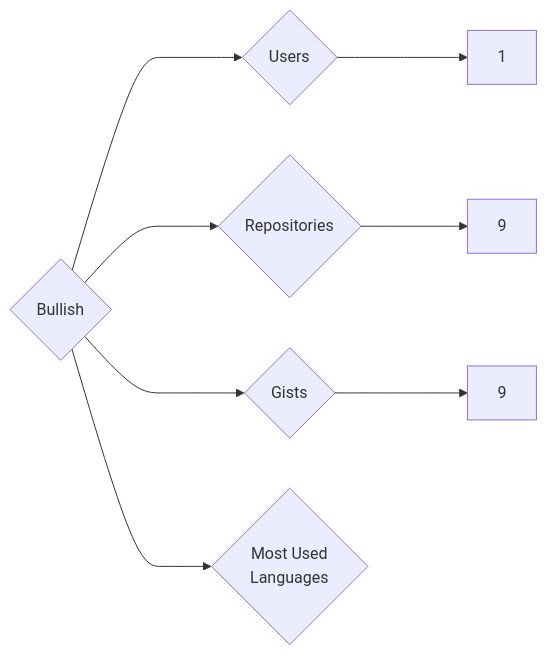
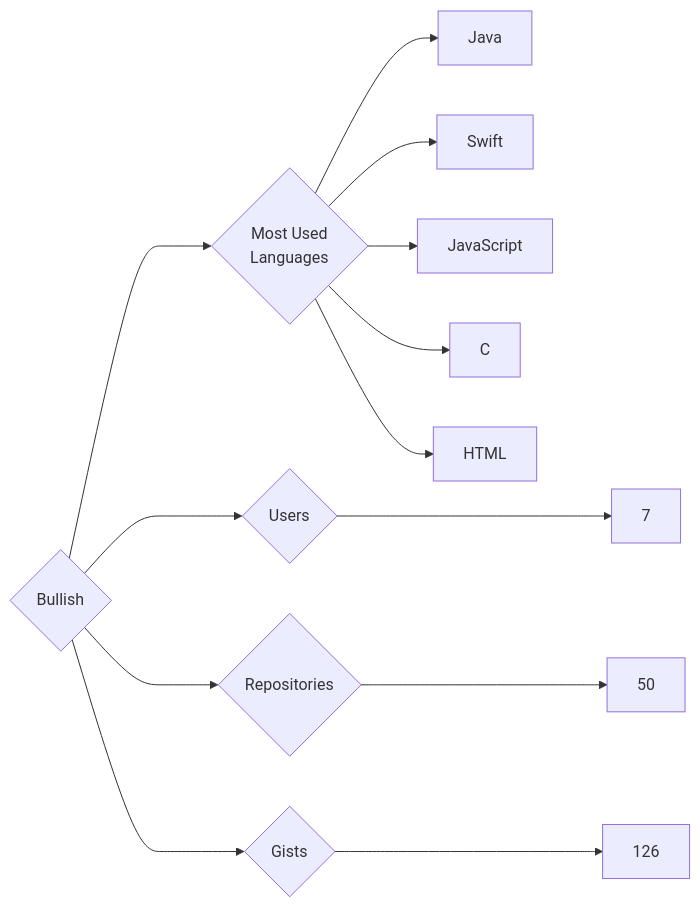
The diagram in targets/Bullish/README.md (trickest/insiders), drawn with Mermaid before and after one commit. The commit also changed 1314 other files, not shown here.

````diff
--- a/targets/Bullish/README.md
+++ b/targets/Bullish/README.md
@@ -3,8 +3,13 @@
 ```mermaid
 graph LR
 COMPANY_NAME{Bullish}
-COMPANY_NAME ---> U{Users} ---> UN[1]
-COMPANY_NAME ---> R{Repositories} ---> RN[9]
-COMPANY_NAME ---> G{Gists} ---> GN[9]
+COMPANY_NAME ---> U{Users} ---> UN[7]
+COMPANY_NAME ---> R{Repositories} ---> RN[50]
+COMPANY_NAME ---> G{Gists} ---> GN[126]
 COMPANY_NAME ---> ML{Most Used<br>Languages}
+ML --> Java[Java]
+ML --> Swift[Swift]
+ML --> JavaScript[JavaScript]
+ML --> C[C]
+ML --> HTML[HTML]
 ```
````
